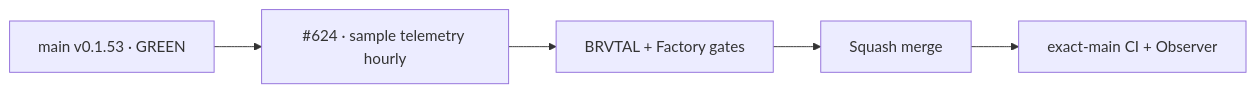
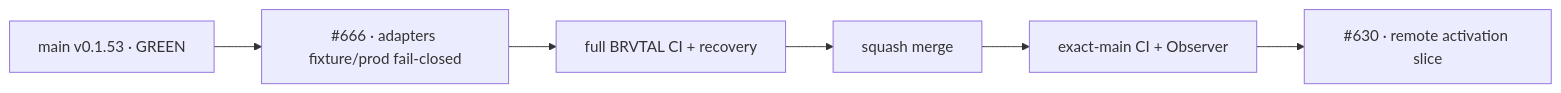
The diagram in README.md (pl0n3r/brvtal), drawn with Mermaid before and after one commit. The commit also changed other lines of this file and 9 other files, not shown here.

````diff
--- a/README.md
+++ b/README.md
@@ -51,6 +52,8 @@
 ```mermaid
 flowchart LR
-  B["main v0.1.53 · GREEN"] --> P["#624 · sample telemetry hourly"]
-  P --> G["BRVTAL + Factory gates"] --> M["Squash merge"]
+  B["main v0.1.53 · GREEN"] --> A["#666 · adapters fixture/prod fail-closed"]
+  A --> T["full BRVTAL CI + recovery"]
+  T --> M["squash merge"]
   M --> V["exact-main CI + Observer"]
+  V --> N["#630 · remote activation slice"]
 ```
````
